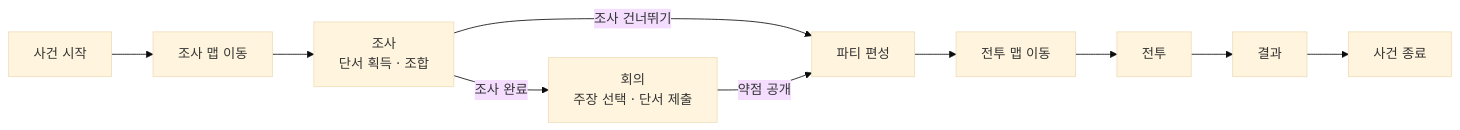
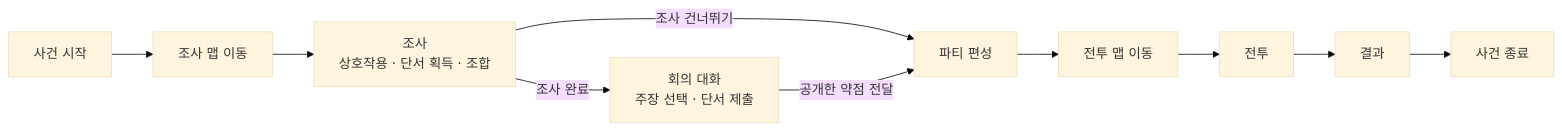
Before and after one commit to Fsbsnw/ProjectSIH: the first of 2 diagrams in README.md, drawn with Mermaid (base theme). The commit also changed other lines of this file and 4 other files, not shown here.

````diff
--- a/README.md
+++ b/README.md
@@ -11,12 +20,12 @@
 ```mermaid
 flowchart LR
     A["사건 시작"] --> B["조사 맵 이동"]
-    B --> C["조사<br/>단서 획득 · 조합"]
-    C -->|조사 완료| D["회의<br/>주장 선택 · 단서 제출"]
+    B --> C["조사<br/>상호작용 · 단서 획득 · 조합"]
+    C -->|조사 완료| D["회의 대화<br/>주장 선택 · 단서 제출"]
     C -->|조사 건너뛰기| E["파티 편성"]
-    D -->|약점 공개| E
+    D -->|공개한 약점 전달| E
     E --> F["전투 맵 이동"]
     F --> G["전투"]
     G --> H["결과"]
     H --> I["사건 종료"]
 ```
````
